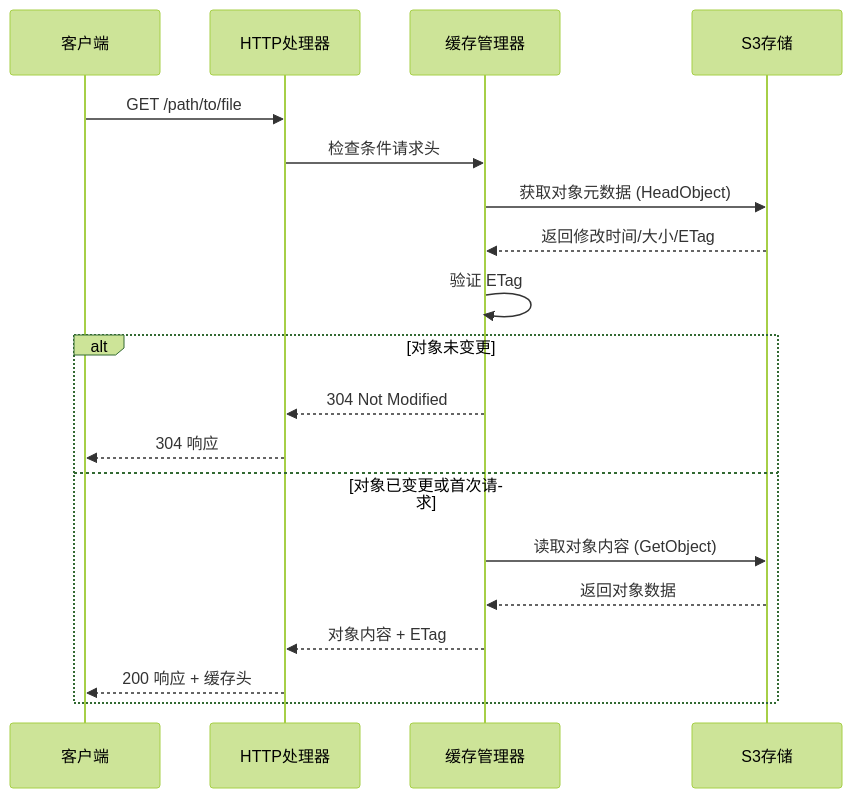
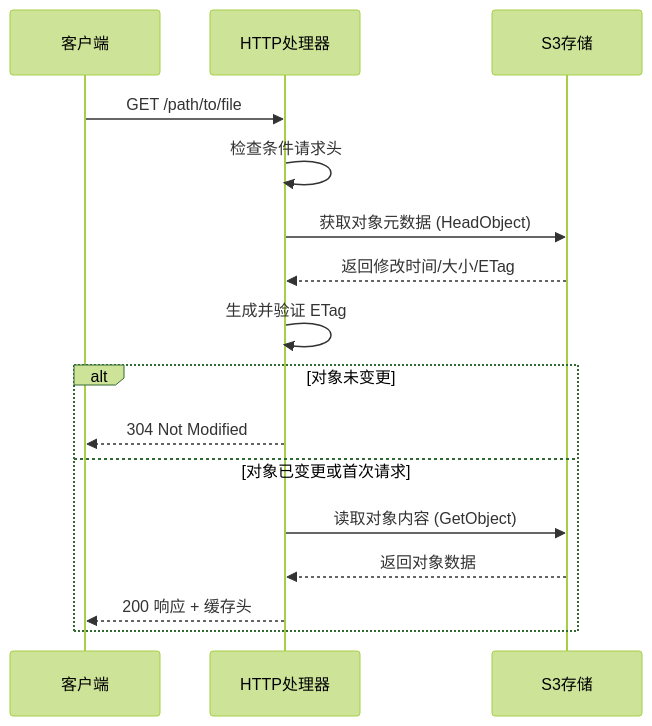
One commit to xiaolutech/s3-static changed the second of 2 diagrams in .kiro/specs/s3-compatible-static-file-service/design.md. Above: the diagram before and after it, drawn with Mermaid (forest theme). The commit also changed other lines of this file and 17 other files, not shown here.

````diff
--- a/.kiro/specs/s3-compatible-static-file-service/design.md
+++ b/.kiro/specs/s3-compatible-static-file-service/design.md
@@ -37,23 +35,20 @@
 ```mermaid
 sequenceDiagram
     participant C as 客户端
     participant H as HTTP处理器
-    participant CM as 缓存管理器
     participant S3 as S3存储
     
     C->>H: GET /path/to/file
-    H->>CM: 检查条件请求头
-    CM->>S3: 获取对象元数据 (HeadObject)
-    S3-->>CM: 返回修改时间/大小/ETag
-    CM->>CM: 验证 ETag
+    H->>H: 检查条件请求头
+    H->>S3: 获取对象元数据 (HeadObject)
+    S3-->>H: 返回修改时间/大小/ETag
+    H->>H: 生成并验证 ETag
     
     alt 对象未变更
-        CM-->>H: 304 Not Modified
-        H-->>C: 304 响应
+        H-->>C: 304 Not Modified
     else 对象已变更或首次请求
-        CM->>S3: 读取对象内容 (GetObject)
-        S3-->>CM: 返回对象数据
-        CM-->>H: 对象内容 + ETag
+        H->>S3: 读取对象内容 (GetObject)
+        S3-->>H: 返回对象数据
         H-->>C: 200 响应 + 缓存头
     end
 ```
````
